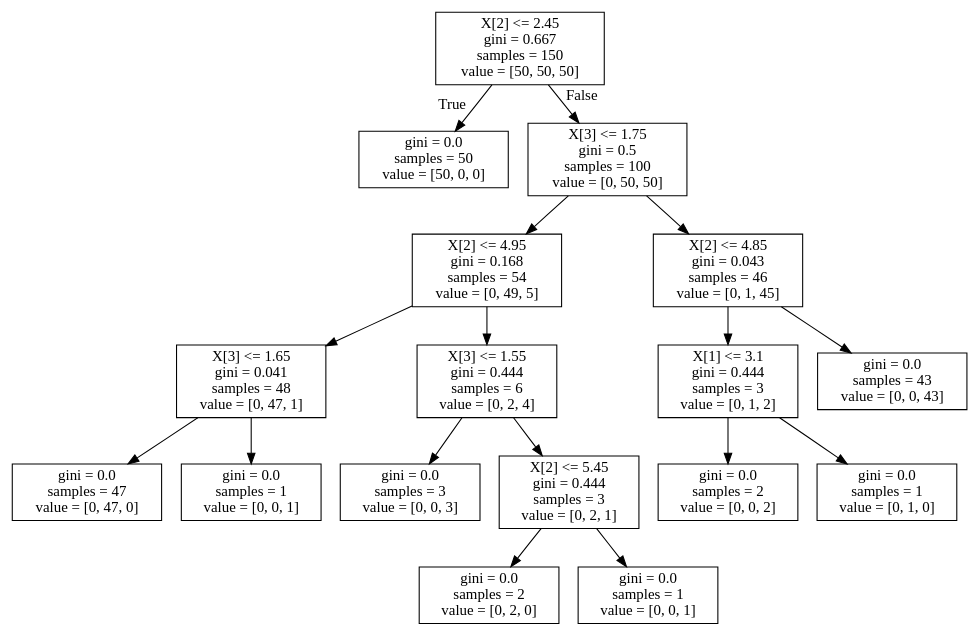
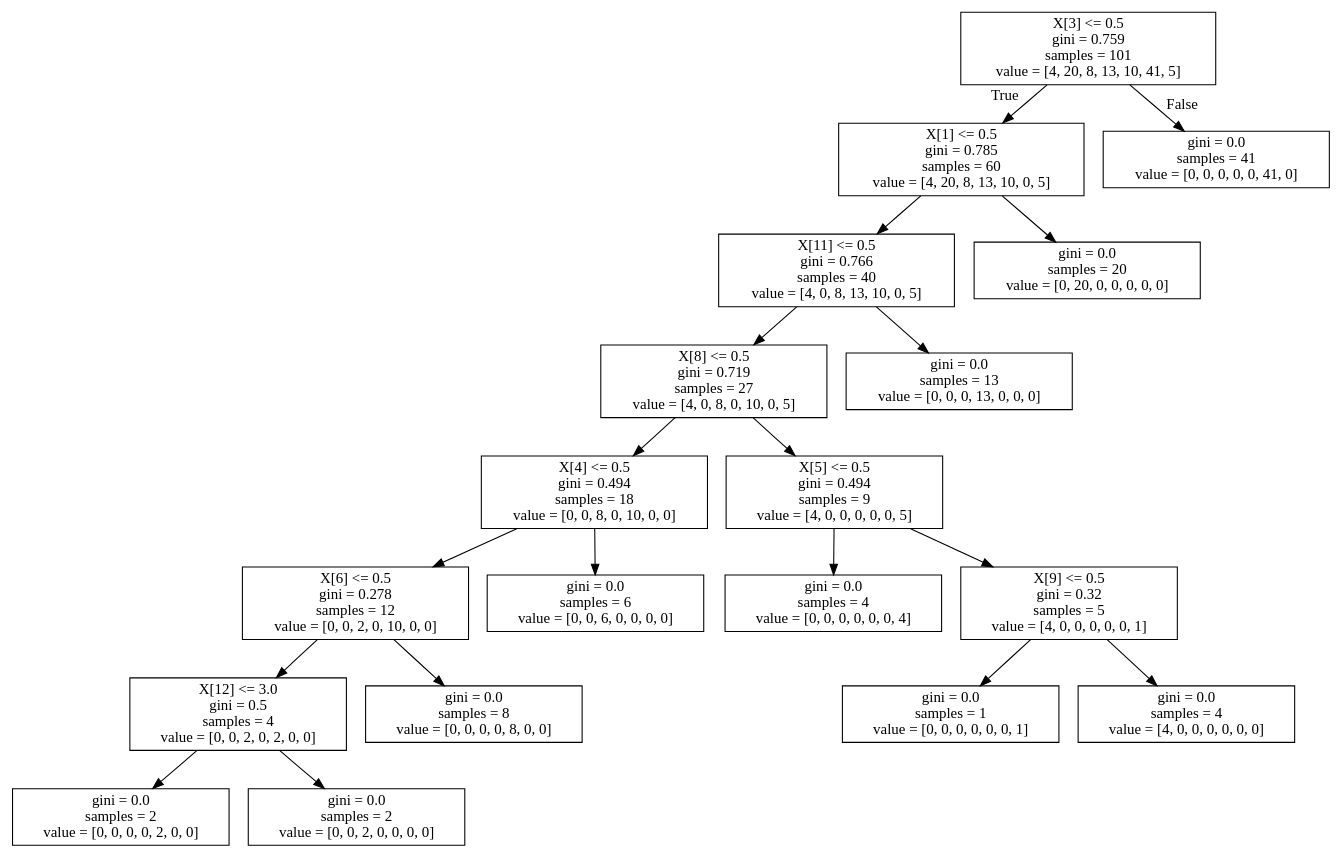
One commit to chiu/decision-tree-visualizer changed the diagram in tree.dot. Above: the diagram before and after it, drawn with Graphviz. The commit also changed 8 other files, not shown here.

```diff
--- a/tree.dot
+++ b/tree.dot
@@ -1,36 +1,40 @@
 digraph Tree {
 node [shape=box] ;
-0 [label="X[2] <= 2.45\ngini = 0.667\nsamples = 150\nvalue = [50, 50, 50]"] ;
-1 [label="gini = 0.0\nsamples = 50\nvalue = [50, 0, 0]"] ;
+0 [label="X[3] <= 0.5\ngini = 0.759\nsamples = 101\nvalue = [4, 20, 8, 13, 10, 41, 5]"] ;
+1 [label="X[1] <= 0.5\ngini = 0.785\nsamples = 60\nvalue = [4, 20, 8, 13, 10, 0, 5]"] ;
 0 -> 1 [labeldistance=2.5, labelangle=45, headlabel="True"] ;
-2 [label="X[3] <= 1.75\ngini = 0.5\nsamples = 100\nvalue = [0, 50, 50]"] ;
-0 -> 2 [labeldistance=2.5, labelangle=-45, headlabel="False"] ;
-3 [label="X[2] <= 4.95\ngini = 0.168\nsamples = 54\nvalue = [0, 49, 5]"] ;
+2 [label="X[11] <= 0.5\ngini = 0.766\nsamples = 40\nvalue = [4, 0, 8, 13, 10, 0, 5]"] ;
+1 -> 2 ;
+3 [label="X[8] <= 0.5\ngini = 0.719\nsamples = 27\nvalue = [4, 0, 8, 0, 10, 0, 5]"] ;
 2 -> 3 ;
-4 [label="X[3] <= 1.65\ngini = 0.041\nsamples = 48\nvalue = [0, 47, 1]"] ;
+4 [label="X[4] <= 0.5\ngini = 0.494\nsamples = 18\nvalue = [0, 0, 8, 0, 10, 0, 0]"] ;
 3 -> 4 ;
-5 [label="gini = 0.0\nsamples = 47\nvalue = [0, 47, 0]"] ;
+5 [label="X[6] <= 0.5\ngini = 0.278\nsamples = 12\nvalue = [0, 0, 2, 0, 10, 0, 0]"] ;
 4 -> 5 ;
-6 [label="gini = 0.0\nsamples = 1\nvalue = [0, 0, 1]"] ;
-4 -> 6 ;
-7 [label="X[3] <= 1.55\ngini = 0.444\nsamples = 6\nvalue = [0, 2, 4]"] ;
-3 -> 7 ;
-8 [label="gini = 0.0\nsamples = 3\nvalue = [0, 0, 3]"] ;
-7 -> 8 ;
-9 [label="X[2] <= 5.45\ngini = 0.444\nsamples = 3\nvalue = [0, 2, 1]"] ;
-7 -> 9 ;
-10 [label="gini = 0.0\nsamples = 2\nvalue = [0, 2, 0]"] ;
-9 -> 10 ;
-11 [label="gini = 0.0\nsamples = 1\nvalue = [0, 0, 1]"] ;
-9 -> 11 ;
-12 [label="X[2] <= 4.85\ngini = 0.043\nsamples = 46\nvalue = [0, 1, 45]"] ;
-2 -> 12 ;
-13 [label="X[1] <= 3.1\ngini = 0.444\nsamples = 3\nvalue = [0, 1, 2]"] ;
-12 -> 13 ;
-14 [label="gini = 0.0\nsamples = 2\nvalue = [0, 0, 2]"] ;
+6 [label="X[12] <= 3.0\ngini = 0.5\nsamples = 4\nvalue = [0, 0, 2, 0, 2, 0, 0]"] ;
+5 -> 6 ;
+7 [label="gini = 0.0\nsamples = 2\nvalue = [0, 0, 0, 0, 2, 0, 0]"] ;
+6 -> 7 ;
+8 [label="gini = 0.0\nsamples = 2\nvalue = [0, 0, 2, 0, 0, 0, 0]"] ;
+6 -> 8 ;
+9 [label="gini = 0.0\nsamples = 8\nvalue = [0, 0, 0, 0, 8, 0, 0]"] ;
+5 -> 9 ;
+10 [label="gini = 0.0\nsamples = 6\nvalue = [0, 0, 6, 0, 0, 0, 0]"] ;
+4 -> 10 ;
+11 [label="X[5] <= 0.5\ngini = 0.494\nsamples = 9\nvalue = [4, 0, 0, 0, 0, 0, 5]"] ;
+3 -> 11 ;
+12 [label="gini = 0.0\nsamples = 4\nvalue = [0, 0, 0, 0, 0, 0, 4]"] ;
+11 -> 12 ;
+13 [label="X[9] <= 0.5\ngini = 0.32\nsamples = 5\nvalue = [4, 0, 0, 0, 0, 0, 1]"] ;
+11 -> 13 ;
+14 [label="gini = 0.0\nsamples = 1\nvalue = [0, 0, 0, 0, 0, 0, 1]"] ;
 13 -> 14 ;
-15 [label="gini = 0.0\nsamples = 1\nvalue = [0, 1, 0]"] ;
+15 [label="gini = 0.0\nsamples = 4\nvalue = [4, 0, 0, 0, 0, 0, 0]"] ;
 13 -> 15 ;
-16 [label="gini = 0.0\nsamples = 43\nvalue = [0, 0, 43]"] ;
-12 -> 16 ;
+16 [label="gini = 0.0\nsamples = 13\nvalue = [0, 0, 0, 13, 0, 0, 0]"] ;
+2 -> 16 ;
+17 [label="gini = 0.0\nsamples = 20\nvalue = [0, 20, 0, 0, 0, 0, 0]"] ;
+1 -> 17 ;
+18 [label="gini = 0.0\nsamples = 41\nvalue = [0, 0, 0, 0, 0, 41, 0]"] ;
+0 -> 18 [labeldistance=2.5, labelangle=-45, headlabel="False"] ;
 }
```
